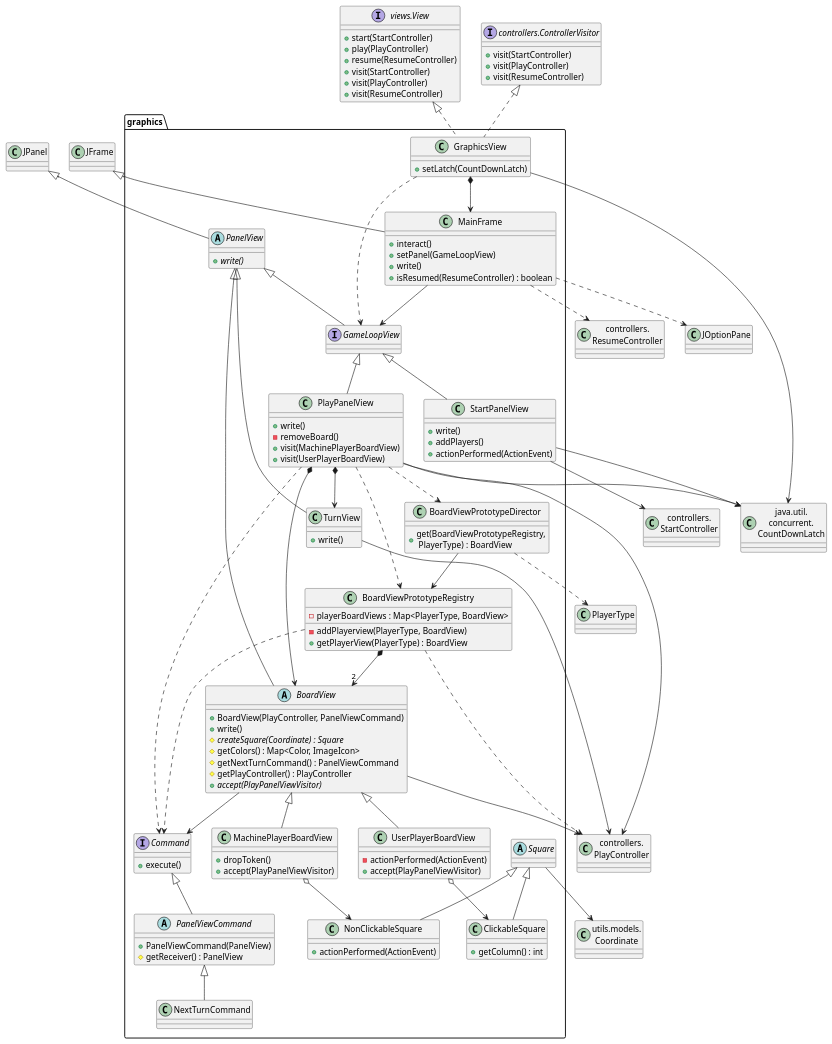
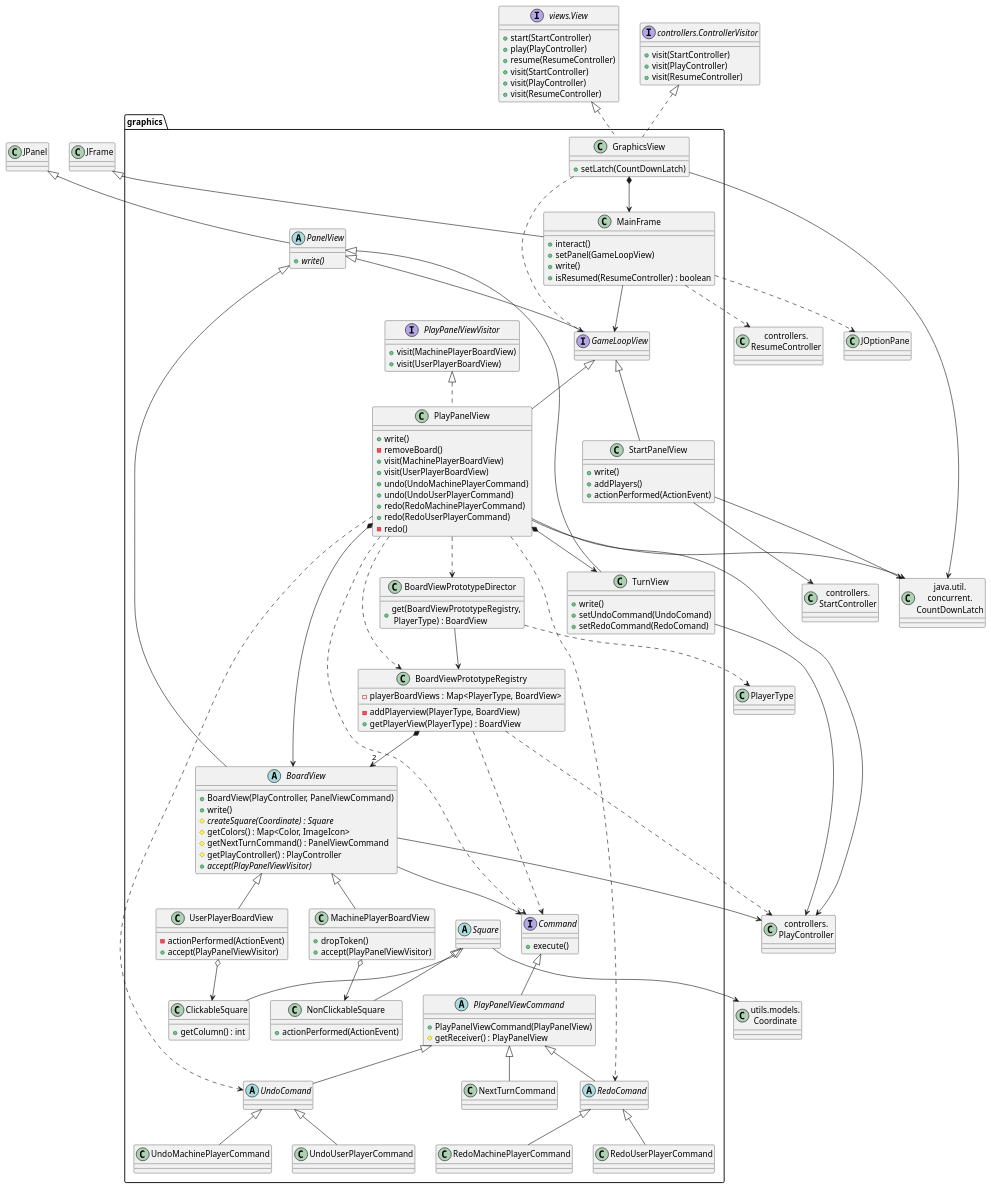
One commit to js-rom/connect4 changed the diagram in connect4/Docs/diagrams/src/packages/connect4.connect4.views.graphics.plantuml. Above: the diagram before and after it, drawn with PlantUML. The commit also changed 4 other files, not shown here.

```diff
--- a/connect4/Docs/diagrams/src/packages/connect4.connect4.views.graphics.plantuml
+++ b/connect4/Docs/diagrams/src/packages/connect4.connect4.views.graphics.plantuml
@@ -1,151 +1,181 @@
 @startuml connect4.connect4.views.graphics
 class graphics.GraphicsView {
     +setLatch(CountDownLatch)
 }
 
 class CountDownLatch as "java.util.\nconcurrent.\nCountDownLatch"
 class graphics.MainFrame{
      +interact()
     +setPanel(GameLoopView)
     +write()
     +isResumed(ResumeController) : boolean
 }
 abstract class graphics.PanelView {
     + {abstract} write()
 }
 interface graphics.GameLoopView
 class graphics.StartPanelView {
     +write()
     +addPlayers()
     +actionPerformed(ActionEvent)
 }
 
 class graphics.PlayPanelView{
     +write()
     -removeBoard()
     +visit(MachinePlayerBoardView)
     +visit(UserPlayerBoardView)
+    +undo(UndoMachinePlayerCommand)
+    +undo(UndoUserPlayerCommand)
+    +redo(RedoMachinePlayerCommand)
+    +redo(RedoUserPlayerCommand)
+    -redo()
 }
+
+interface graphics.PlayPanelViewVisitor {
+    +visit(MachinePlayerBoardView)
+    +visit(UserPlayerBoardView)
+}
+
 abstract class graphics.BoardView {
     + BoardView(PlayController, PanelViewCommand)
     + write()
     #  {abstract}  createSquare(Coordinate) : Square
     # getColors() : Map<Color, ImageIcon>
     # getNextTurnCommand() : PanelViewCommand
     # getPlayController() : PlayController
     +  {abstract}  accept(PlayPanelViewVisitor)
 }
 class graphics.BoardViewPrototypeDirector{
     +get(BoardViewPrototypeRegistry,\n PlayerType) : BoardView
 }
 class graphics.BoardViewPrototypeRegistry{
     -playerBoardViews : Map<PlayerType, BoardView> 
     -addPlayerview(PlayerType, BoardView)
     +getPlayerView(PlayerType) : BoardView
 }
 interface graphics.Command {
     +execute()
 }
-abstract class graphics.PanelViewCommand {
-    +PanelViewCommand(PanelView)
-    #getReceiver() : PanelView
+abstract class graphics.PlayPanelViewCommand {
+    +PlayPanelViewCommand(PlayPanelView)
+    #getReceiver() : PlayPanelView
 }
 class graphics.MachinePlayerBoardView {
     +dropToken()
     +accept(PlayPanelViewVisitor)
 }
 class graphics.UserPlayerBoardView{
     -actionPerformed(ActionEvent)
     +accept(PlayPanelViewVisitor)
 }
 
 class graphics.NextTurnCommand
 abstract class graphics.Square
 class graphics.ClickableSquare {
     + getColumn() : int
 }
 class graphics.NonClickableSquare {
     + actionPerformed(ActionEvent)
 }
 class graphics.TurnView{
     +write()
+    +setUndoCommand(UndoComand)
+    +setRedoCommand(RedoComand)
 }
 abstract class graphics.PanelView
 class StartController as "controllers.\nStartController"
 class PlayController as "controllers.\nPlayController"
 class ResumeController as "controllers.\nResumeController"
 class Coordinate as "utils.models.\nCoordinate"
 interface View as "views.View"{
     +start(StartController)
     +play(PlayController)
     +resume(ResumeController)
     +visit(StartController)
     +visit(PlayController)
     +visit(ResumeController)
 }
 
 interface ControllerVisitor as "controllers.ControllerVisitor" {
     +visit(StartController)
     +visit(PlayController)
     +visit(ResumeController)
 }
+
+abstract class graphics.UndoComand
+abstract class graphics.RedoComand
+class graphics.RedoMachinePlayerCommand {}
+class graphics.UndoMachinePlayerCommand {}
+class graphics.RedoUserPlayerCommand {}
+class graphics.UndoUserPlayerCommand {}
 
 
 GraphicsView --> CountDownLatch
 class JFrame
 JFrame <|-- MainFrame
 GraphicsView *--> MainFrame
 
 
 StartPanelView --> StartController
 StartPanelView --> CountDownLatch
 PlayPanelView --> PlayController
 PlayPanelView --> CountDownLatch
 BoardView --> PlayController
 TurnView --> PlayController
 MainFrame ..> ResumeController
 
 
 View <|.. GraphicsView
 ControllerVisitor <|.. GraphicsView
 
 class JOptionPane
 MainFrame ..> JOptionPane
 
 JPanel <|-- PanelView
 PanelView <|-- GameLoopView
 GameLoopView <|-- StartPanelView
 GameLoopView <|-- PlayPanelView
+PlayPanelViewVisitor <|.. PlayPanelView
 PanelView <|-- BoardView
 PanelView <|-- TurnView
 
 GraphicsView ..> GameLoopView
 MainFrame --> GameLoopView
 
 PlayPanelView *--> BoardView
 PlayPanelView *--> TurnView
 PlayPanelView ..> BoardViewPrototypeRegistry
 PlayPanelView ..> BoardViewPrototypeDirector
+PlayPanelView ..> UndoComand
+PlayPanelView ..> RedoComand
+
 BoardViewPrototypeDirector --> BoardViewPrototypeRegistry
 BoardViewPrototypeDirector ..> PlayerType
 BoardViewPrototypeRegistry ..> PlayController
 BoardViewPrototypeRegistry ..> Command
 BoardViewPrototypeRegistry *--> "2"BoardView
 
 
 PlayPanelView ..> Command
 
-Command <|-- PanelViewCommand
-PanelViewCommand <|-- NextTurnCommand
+Command <|-- PlayPanelViewCommand
+PlayPanelViewCommand <|-- NextTurnCommand
+PlayPanelViewCommand <|-- UndoComand
+PlayPanelViewCommand <|-- RedoComand
+UndoComand <|-- UndoMachinePlayerCommand
+UndoComand <|-- UndoUserPlayerCommand
+RedoComand <|-- RedoMachinePlayerCommand
+RedoComand <|-- RedoUserPlayerCommand
 
 
 BoardView <|-- MachinePlayerBoardView
 BoardView <|-- UserPlayerBoardView
 MachinePlayerBoardView o--> NonClickableSquare
 UserPlayerBoardView o--> ClickableSquare
 Square <|-- ClickableSquare
 Square <|-- NonClickableSquare
 BoardView --> Command
 
 Square --> Coordinate
 @enduml
```
